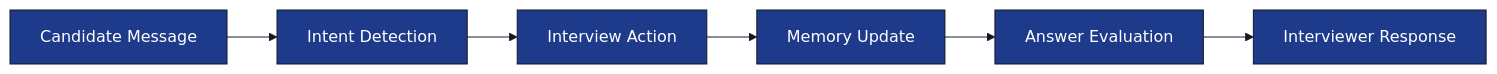
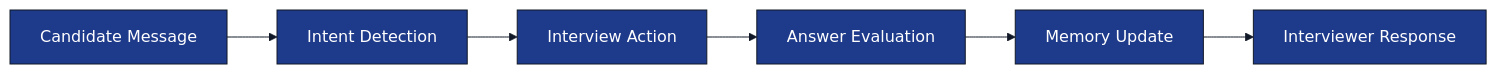
One commit to Veeru123456778/ai-interview-service changed the second of 2 diagrams in docs/tech-spec/04_interview_engine.md. Above: the diagram before and after it, drawn with Mermaid. The commit also changed other lines of this file, not shown here.

````diff
--- a/docs/tech-spec/04_interview_engine.md
+++ b/docs/tech-spec/04_interview_engine.md
@@ -155,37 +155,32 @@
 ```mermaid
 %%{init:{
   "theme":"base",
   "themeVariables":{
     "background":"#FFFFFF",
     "primaryColor":"#1E3A8A",
     "primaryTextColor":"#FFFFFF",
     "primaryBorderColor":"#111827",
     "secondaryColor":"#2563EB",
     "secondaryTextColor":"#FFFFFF",
     "tertiaryColor":"#DBEAFE",
     "lineColor":"#111827",
     "edgeLabelBackground":"#FFFFFF",
     "fontFamily":"Inter"
   }
 }}%%
 
 flowchart LR
 
     MESSAGE["Candidate Message"]
-
     INTENT["Intent Detection"]
-
     ACTION["Interview Action"]
-
+    EVALUATION["Answer Evaluation"]
     MEMORY["Memory Update"]
-
-    EVALUATION["Answer Evaluation"]
-
     RESPONSE["Interviewer Response"]
 
     MESSAGE --> INTENT
     INTENT --> ACTION
-    ACTION --> MEMORY
-    MEMORY --> EVALUATION
-    EVALUATION --> RESPONSE
+    ACTION --> EVALUATION
+    EVALUATION --> MEMORY
+    MEMORY --> RESPONSE
 ```
````
